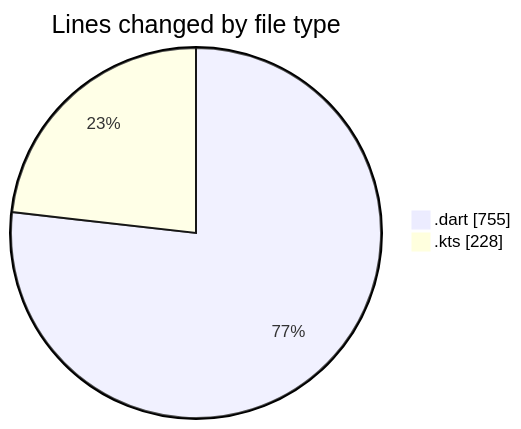
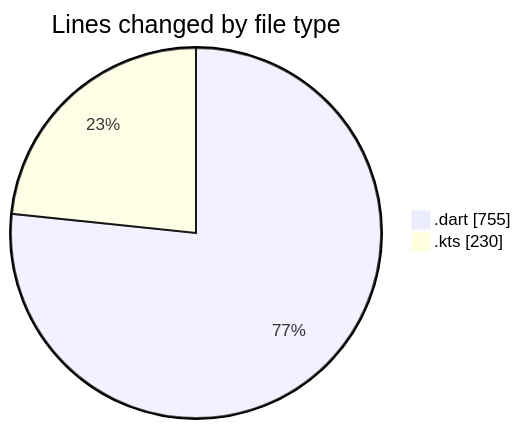
Before and after one commit to donsfak/code-tracking: the first of 2 diagrams in 2025-02-24/drivers_app/README.md, drawn with Mermaid. The commit also changed other lines of this file and 1 other file, not shown here.

````diff
--- a/2025-02-24/drivers_app/README.md
+++ b/2025-02-24/drivers_app/README.md
@@ -25,6 +25,6 @@
 ```mermaid
 pie showData
 title Lines changed by file type
 ".dart" : 755
-".kts" : 228
+".kts" : 230
 ```
````
